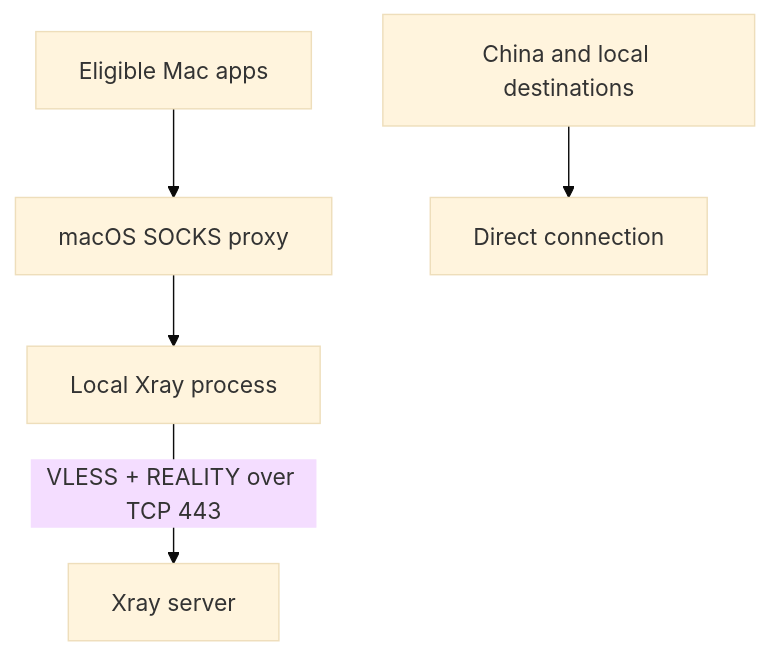
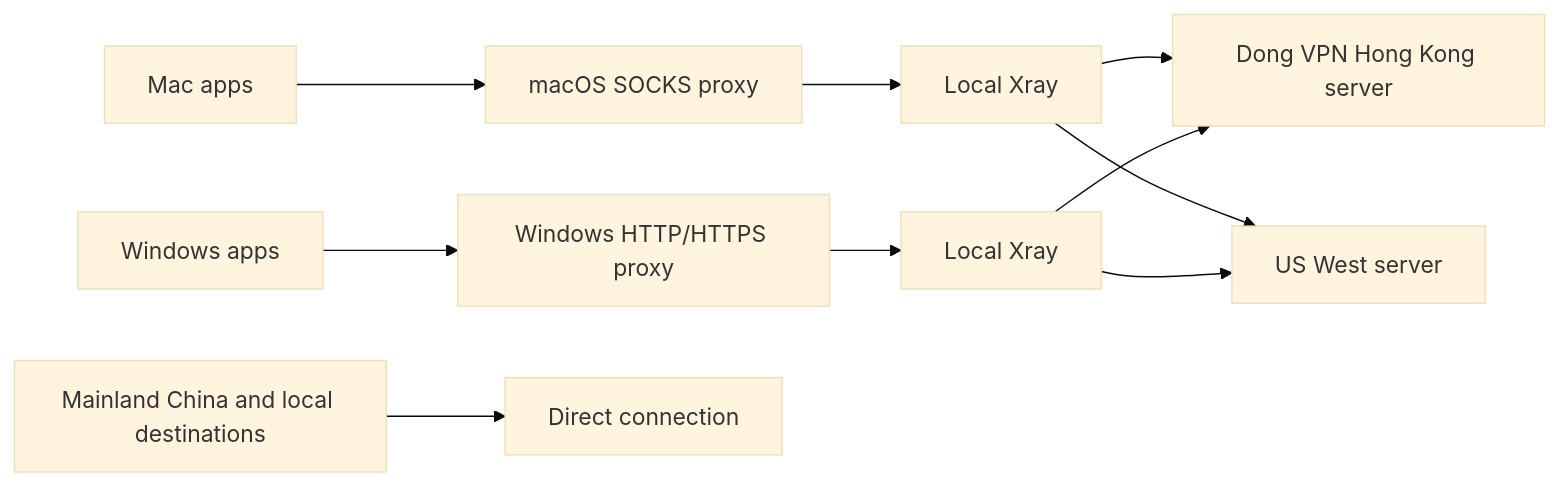
Before and after one commit to simondong1/china-vpn: the second of 2 diagrams in README.md, drawn with Mermaid (base theme). The commit also changed other lines of this file and 9 other files, not shown here.

Commit message:
Add Hong Kong server and Windows client

````diff
--- a/README.md
+++ b/README.md
@@ -28,7 +25,12 @@
 ```mermaid
-flowchart TD
-    App[Eligible Mac apps] --> Proxy[macOS SOCKS proxy]
-    Proxy --> Local[Local Xray process]
-    Local -->|VLESS + REALITY over TCP 443| Server[Xray server]
-    China[China and local destinations] --> Direct[Direct connection]
+flowchart LR
+    Mac[Mac apps] --> MacProxy[macOS SOCKS proxy]
+    Win[Windows apps] --> WinProxy[Windows HTTP/HTTPS proxy]
+    MacProxy --> MacXray[Local Xray]
+    WinProxy --> WinXray[Local Xray]
+    MacXray --> HK[Dong VPN Hong Kong server]
+    WinXray --> HK
+    MacXray --> US[US West server]
+    WinXray --> US
+    CN[Mainland China and local destinations] --> Direct[Direct connection]
 ```
````
